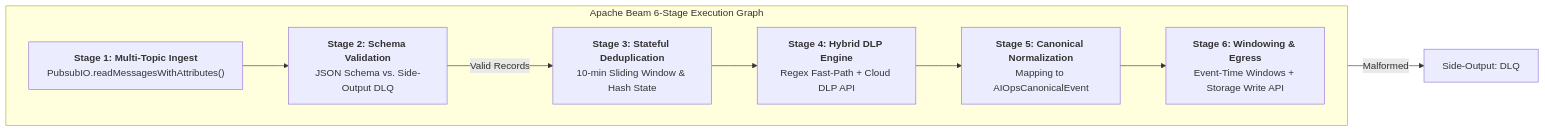
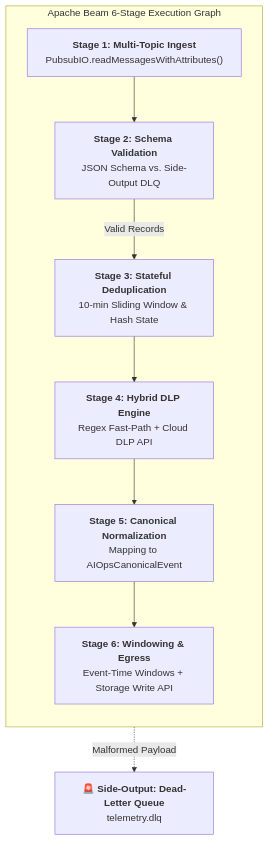
One commit to toanbui626391/aiops_architect changed the second of 3 diagrams in docs/architecture/01_ingestion/streaming_pipelines.md. Above: the diagram before and after it, drawn with Mermaid. The commit also changed other lines of this file and 1 other file, not shown here.

Commit message:
update skills and diagrams

````diff
--- a/docs/architecture/01_ingestion/streaming_pipelines.md
+++ b/docs/architecture/01_ingestion/streaming_pipelines.md
@@ -176,20 +176,22 @@
 ```mermaid
-flowchart LR
+flowchart TD
     %% DATAFLOW INTERNAL STAGES
     subgraph Beam_Graph["Apache Beam 6-Stage Execution Graph"]
-        direction LR
+        direction TB
         S1["<b>Stage 1: Multi-Topic Ingest</b><br/>PubsubIO.readMessagesWithAttributes()"]
         S2["<b>Stage 2: Schema Validation</b><br/>JSON Schema vs. Side-Output DLQ"]
         S3["<b>Stage 3: Stateful Deduplication</b><br/>10-min Sliding Window & Hash State"]
         S4["<b>Stage 4: Hybrid DLP Engine</b><br/>Regex Fast-Path + Cloud DLP API"]
         S5["<b>Stage 5: Canonical Normalization</b><br/>Mapping to AIOpsCanonicalEvent"]
         S6["<b>Stage 6: Windowing & Egress</b><br/>Event-Time Windows + Storage Write API"]
     end
 
+    DLQ_Sink["🚨 <b>Side-Output: Dead-Letter Queue</b><br/>telemetry.dlq"]
+
     S1 --> S2
-    S2 -->|Valid Records| S3
-    S2 -->|Malformed| DLQ_Sink["Side-Output: DLQ"]
+    S2 -->|"Valid Records"| S3
+    S2 -.->|"Malformed Payload"| DLQ_Sink
     S3 --> S4
     S4 --> S5
     S5 --> S6
 ```
````
